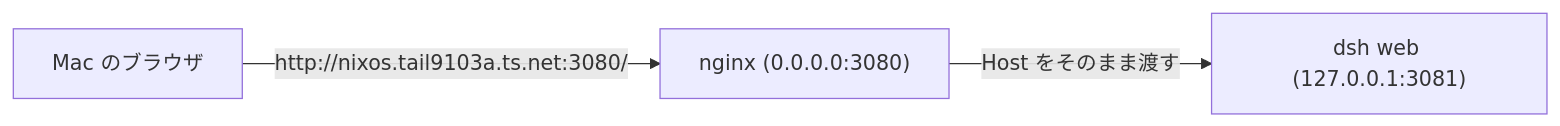
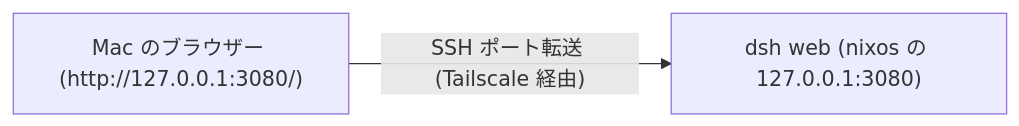
The diagram in docs/dsh-web.md (pranc1ngpegasus/dotfiles), drawn with Mermaid before and after one commit. The commit also changed other lines of this file and 2 other files, not shown here.

First line of the commit message:
docs(dsh): ループバックと SSH ポート転送の構成を書く

````diff
--- a/docs/dsh-web.md
+++ b/docs/dsh-web.md
@@ -7,5 +7,4 @@
 ```mermaid
 graph LR
-  browser["Mac のブラウザ"] -->|"http://nixos.tail9103a.ts.net:3080/"| nginx["nginx (0.0.0.0:3080)"]
-  nginx -->|"Host をそのまま渡す"| dsh["dsh web (127.0.0.1:3081)"]
+  browser["Mac のブラウザー (http://127.0.0.1:3080/)"] -->|"SSH ポート転送 (Tailscale 経由)"| dsh["dsh web (nixos の 127.0.0.1:3080)"]
 ```
````
